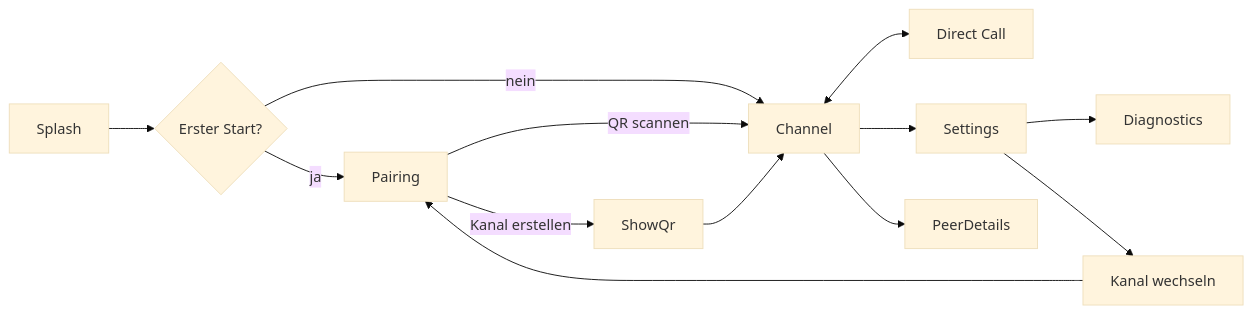
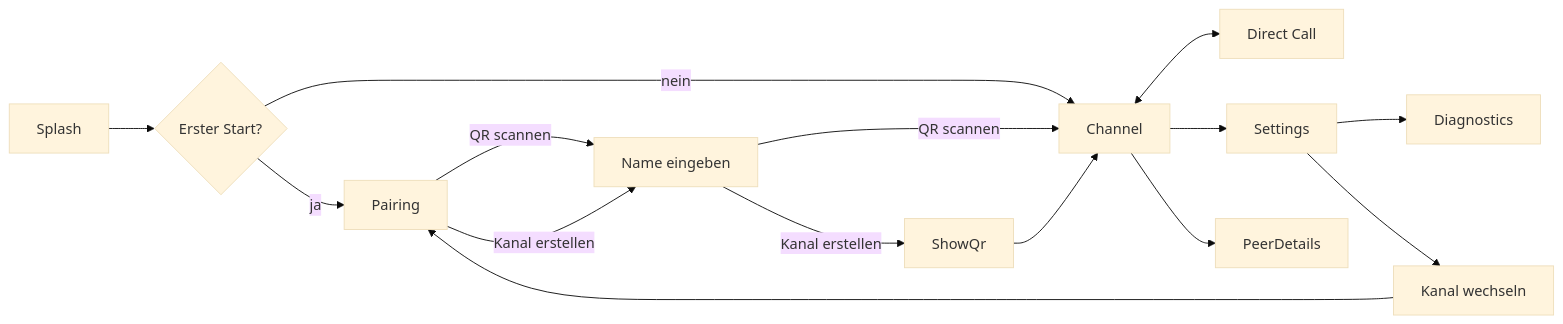
One commit to relexx/heratalk changed the diagram in docs/ui.md. Above: the diagram before and after it, drawn with Mermaid (base theme). The commit also changed other lines of this file and 6 other files, not shown here.

First line of the commit message:
docs(f-16): add display name input requirement and close UX gap

````diff
--- a/docs/ui.md
+++ b/docs/ui.md
@@ -25,15 +25,17 @@
 ```mermaid
 flowchart LR
     Splash --> FirstRun{Erster Start?}
     FirstRun -->|ja| Pairing
     FirstRun -->|nein| Channel
-    Pairing -->|QR scannen| Channel
-    Pairing -->|Kanal erstellen| ShowQr
+    Pairing -->|QR scannen| NameInput[Name eingeben]
+    Pairing -->|Kanal erstellen| NameInput
+    NameInput -->|QR scannen| Channel
+    NameInput -->|Kanal erstellen| ShowQr
     ShowQr --> Channel
     Channel <--> Direct[Direct Call]
     Channel --> Settings
     Channel --> PeerDetails
     Settings --> Diagnostics
     Settings --> ChannelSwitch[Kanal wechseln]
     ChannelSwitch --> Pairing
 ```
````
